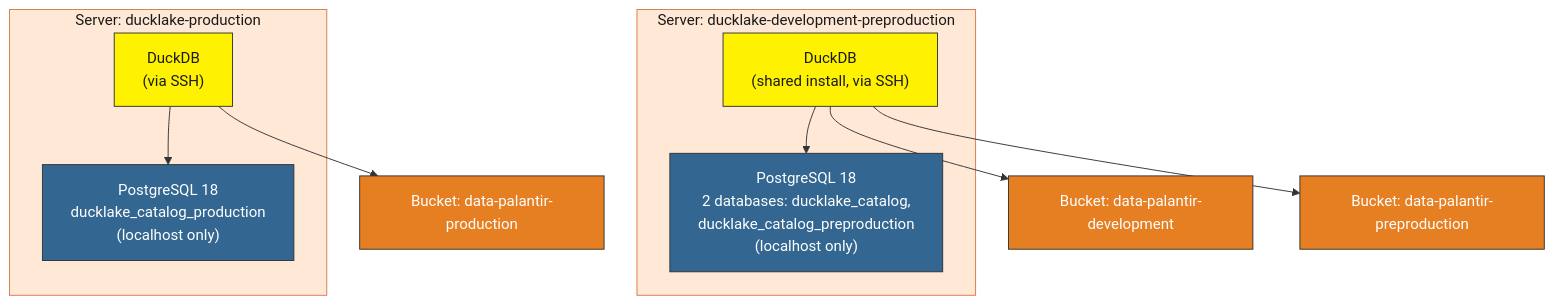
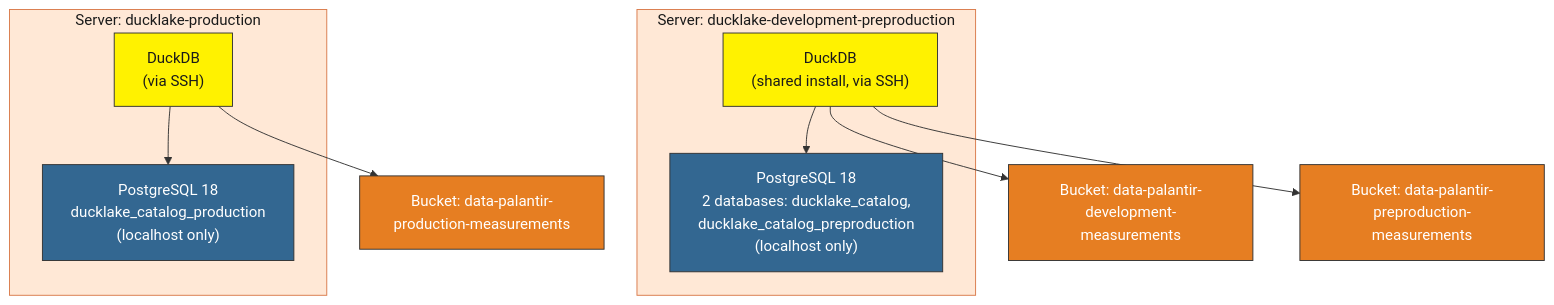
The diagram in README.md (kamleon-dev/data-ducklake-hetzner), drawn with Mermaid before and after one commit. The commit also changed 5 other files, not shown here.

Commit message:
Rename S3 buckets to data-palantir-<environment>-measurements

````diff
--- a/README.md
+++ b/README.md
@@ -23,31 +23,31 @@
 ```mermaid
 graph TB
     subgraph server_a["Server: ducklake-development-preproduction"]
         DuckDB_A["DuckDB<br/>(shared install, via SSH)"]
         PG_A["PostgreSQL 18<br/>2 databases: ducklake_catalog,<br/>ducklake_catalog_preproduction<br/>(localhost only)"]
     end
-    S3_dev["Bucket: data-palantir-development"]
-    S3_pre["Bucket: data-palantir-preproduction"]
+    S3_dev["Bucket: data-palantir-development-measurements"]
+    S3_pre["Bucket: data-palantir-preproduction-measurements"]
 
     subgraph server_b["Server: ducklake-production"]
         DuckDB_B["DuckDB<br/>(via SSH)"]
         PG_B["PostgreSQL 18<br/>ducklake_catalog_production<br/>(localhost only)"]
     end
-    S3_prod["Bucket: data-palantir-production"]
+    S3_prod["Bucket: data-palantir-production-measurements"]
 
     DuckDB_A --> PG_A
     DuckDB_A --> S3_dev
     DuckDB_A --> S3_pre
     DuckDB_B --> PG_B
     DuckDB_B --> S3_prod
 
     style server_a fill:#ffe8d6,stroke:#d97a4a,color:#1a1a1a
     style server_b fill:#ffe8d6,stroke:#d97a4a,color:#1a1a1a
     style DuckDB_A fill:#fff200,stroke:#333,color:#1a1a1a
     style DuckDB_B fill:#fff200,stroke:#333,color:#1a1a1a
     style PG_A fill:#336791,stroke:#333,color:#fff
     style PG_B fill:#336791,stroke:#333,color:#fff
     style S3_dev fill:#e67e22,stroke:#333,color:#fff
     style S3_pre fill:#e67e22,stroke:#333,color:#fff
     style S3_prod fill:#e67e22,stroke:#333,color:#fff
 ```
````
